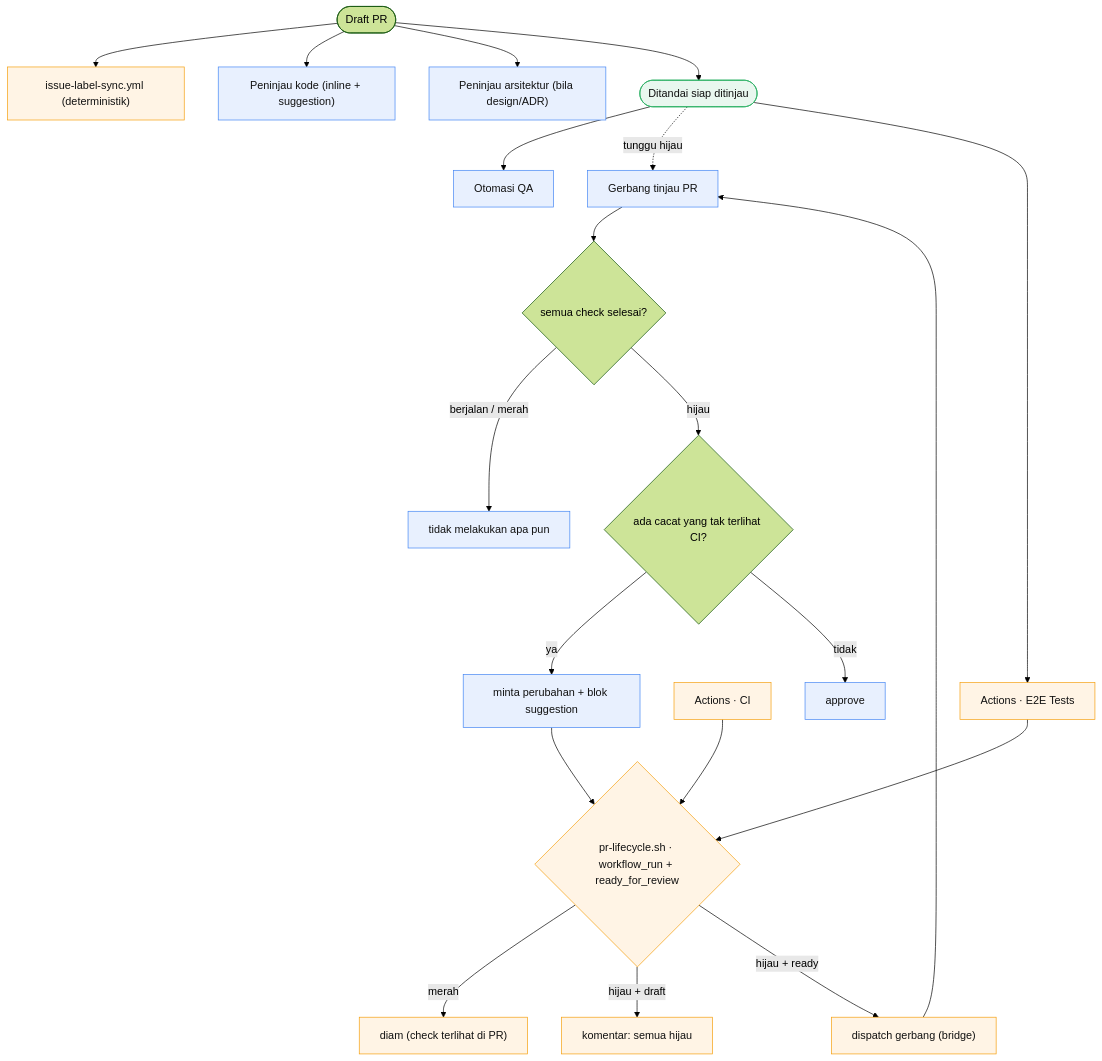
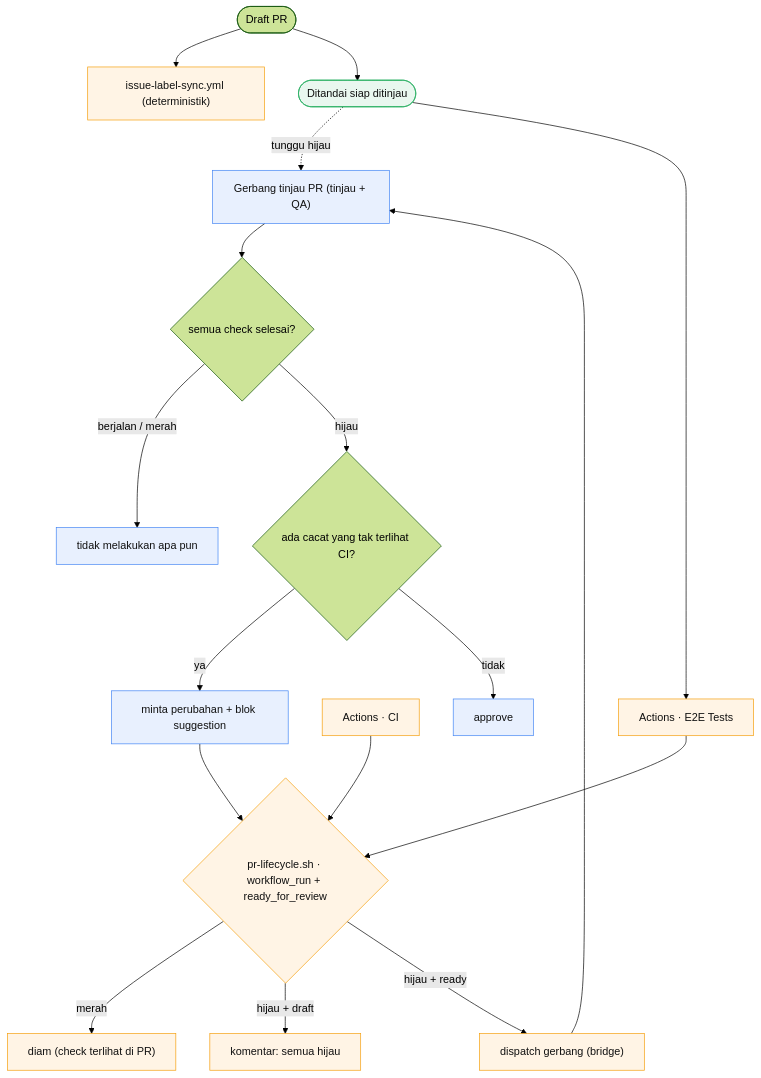
One commit to cipansor/cipansor changed the fourth of 6 diagrams in docs/SDLC-FLOW.md. Above: the diagram before and after it, drawn with Mermaid (forest theme). The commit also changed other lines of this file and 17 other files, not shown here.

````diff
--- a/docs/SDLC-FLOW.md
+++ b/docs/SDLC-FLOW.md
@@ -572,28 +572,25 @@
 ```mermaid
 flowchart TD
   classDef cloud fill:#e8f0fe,stroke:#4285f4,color:#111;
   classDef gh fill:#fff4e5,stroke:#f59e0b,color:#111;
   classDef human fill:#e9f7ef,stroke:#27ae60,color:#111;
 
   DPR([Draft PR]) --> C17["issue-label-sync.yml (deterministik)"]:::gh
-  DPR --> C8["Peninjau kode (inline + suggestion)"]:::cloud
-  DPR --> C4["Peninjau arsitektur (bila design/ADR)"]:::cloud
   DPR --> RDY(["Ditandai siap ditinjau"]):::human
 
-  RDY --> C10["Otomasi QA"]:::cloud
-  RDY -. "tunggu hijau" .-> C18["Gerbang tinjau PR"]:::cloud
+  RDY -. "tunggu hijau" .-> C18["Gerbang tinjau PR (tinjau + QA)"]:::cloud
   RDY --> E2E["Actions · E2E Tests"]:::gh
   CI["Actions · CI"]:::gh --> LC
 
   E2E --> LC{"pr-lifecycle.sh · workflow_run + ready_for_review"}:::gh
   LC -- merah --> RQ["diam (check terlihat di PR)"]:::gh
   LC -- "hijau + draft" --> GC["komentar: semua hijau"]:::gh
   LC -- "hijau + ready" --> DISP["dispatch gerbang (bridge)"]:::gh --> C18
 
   C18 --> DEC{"semua check selesai?"}
   DEC -- "berjalan / merah" --> STOP["tidak melakukan apa pun"]:::cloud
   DEC -- hijau --> REV{"ada cacat yang tak terlihat CI?"}
   REV -- ya --> RC["minta perubahan + blok suggestion"]:::cloud
   REV -- tidak --> APP["approve"]:::cloud
   RC --> LC
 ```
````
